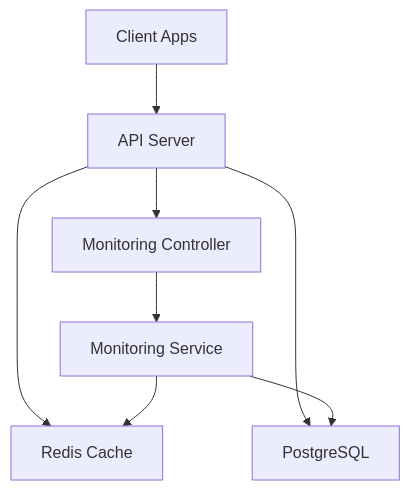
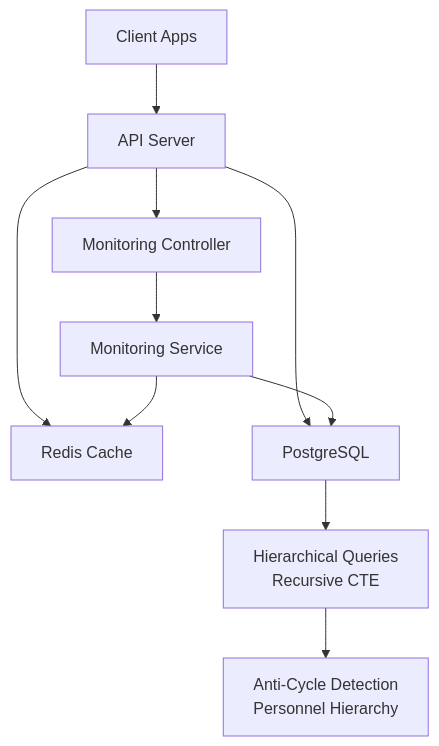
One commit to franckylab/eLISAschool changed the second of 11 diagrams in .qoder/repowiki/en/content/Troubleshooting & FAQ/Performance Optimization & Troubleshooting/Performance Optimization & Troubleshooting.md. Above: the diagram before and after it, drawn with Mermaid. The commit also changed other lines of this file and 134 other files, not shown here.

````diff
--- a/.qoder/repowiki/en/content/Troubleshooting & FAQ/Performance Optimization & Troubleshooting/Performance Optimization & Troubleshooting.md
+++ b/.qoder/repowiki/en/content/Troubleshooting & FAQ/Performance Optimization & Troubleshooting/Performance Optimization & Troubleshooting.md
@@ -99,10 +109,12 @@
 ```mermaid
 graph TB
 Client["Client Apps"] --> API["API Server"]
 API --> Cache["Redis Cache"]
 API --> DB["PostgreSQL"]
 API --> MonCtrl["Monitoring Controller"]
 MonCtrl --> MonSvc["Monitoring Service"]
 MonSvc --> DB
 MonSvc --> Cache
+DB --> Hierarchy["Hierarchical Queries<br/>Recursive CTE"]
+Hierarchy --> AntiCycle["Anti-Cycle Detection<br/>Personnel Hierarchy"]
 ```
````
